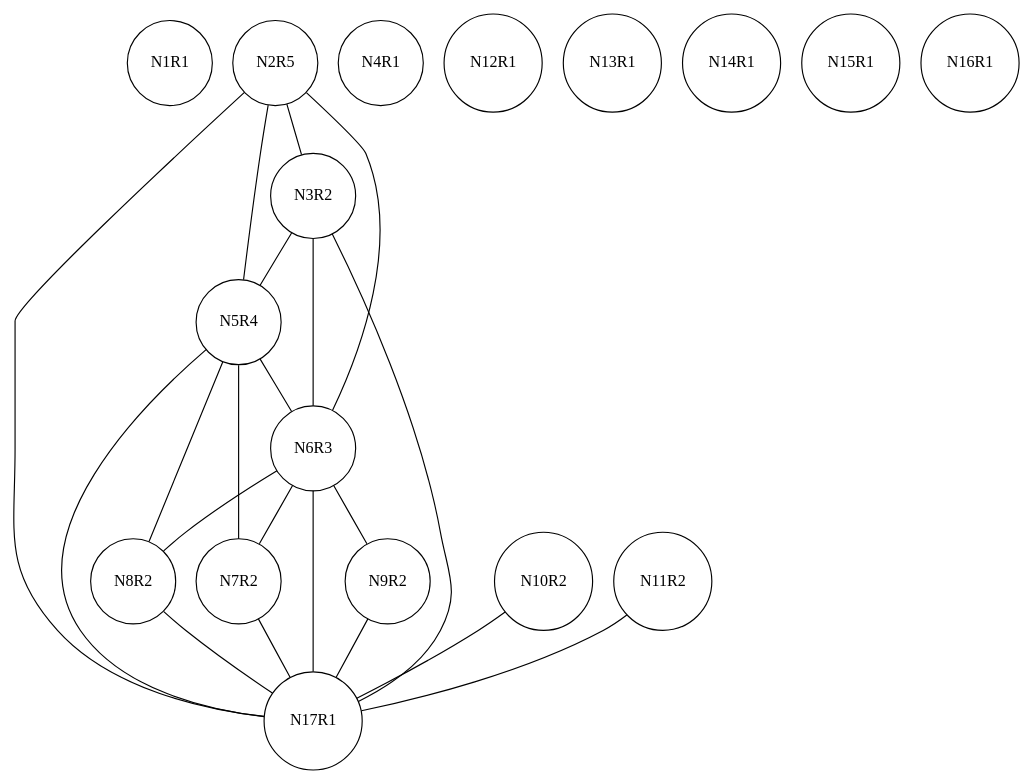
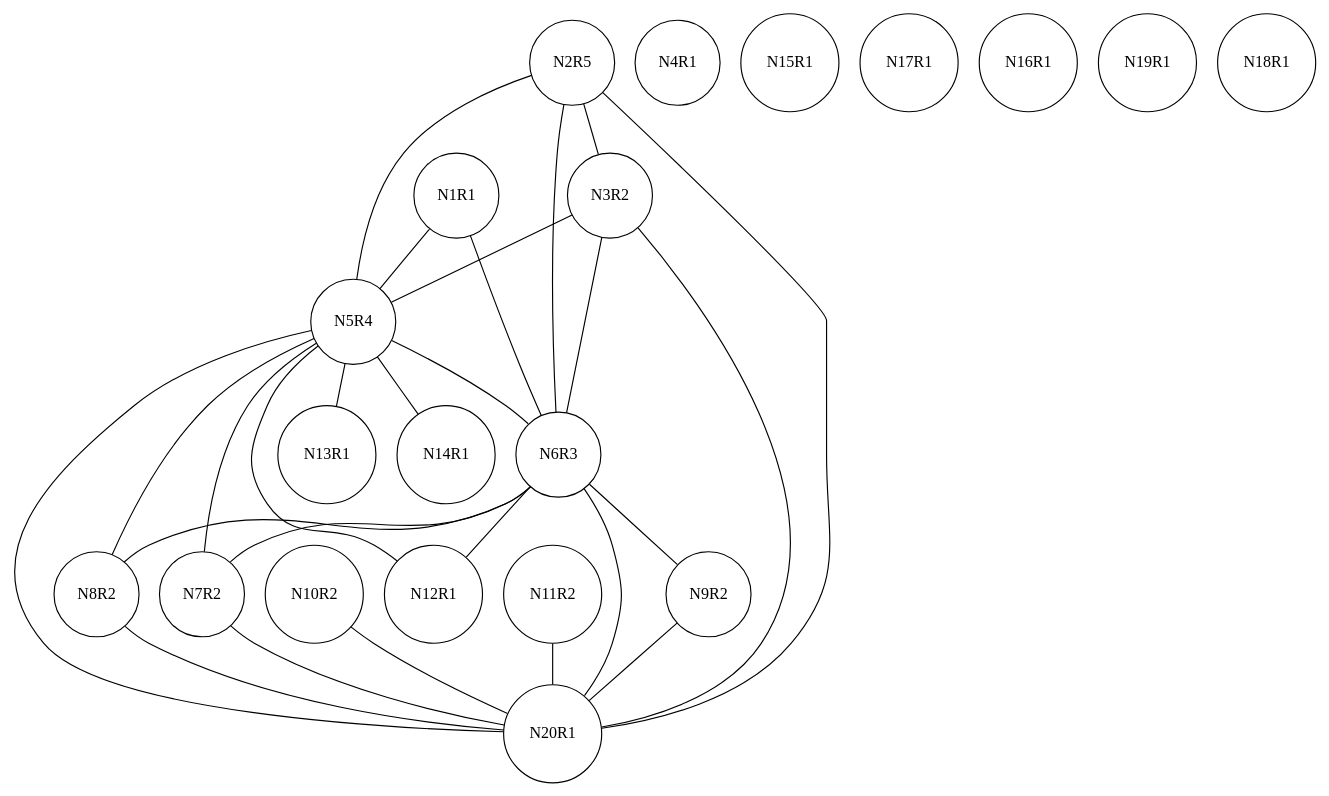
One commit to chris-wood/PL241-Compiler changed the diagram in project/caw001.txt.ig.dot. Above: the diagram before and after it, drawn with Graphviz. The commit also changed 11 other files, not shown here.

```diff
--- a/project/caw001.txt.ig.dot
+++ b/project/caw001.txt.ig.dot
@@ -1,40 +1,49 @@
 graph ig {
     node [shape = circle];
     N1R1;
     N2R5;
     N3R2;
     N4R1;
     N5R4;
     N6R3;
     N7R2;
     N8R2;
     N9R2;
     N10R2;
     N11R2;
     N12R1;
     N13R1;
     N14R1;
     N15R1;
     N17R1;
     N16R1;
+    N19R1;
+    N18R1;
+    N20R1;
+    N1R1 -- N6R3;
+    N1R1 -- N5R4;
     N2R5 -- N3R2;
     N2R5 -- N6R3;
     N2R5 -- N5R4;
-    N2R5 -- N17R1;
+    N2R5 -- N20R1;
     N3R2 -- N6R3;
     N3R2 -- N5R4;
-    N3R2 -- N17R1;
+    N3R2 -- N20R1;
+    N5R4 -- N14R1;
+    N5R4 -- N13R1;
+    N5R4 -- N12R1;
     N5R4 -- N8R2;
     N5R4 -- N7R2;
     N5R4 -- N6R3;
-    N5R4 -- N17R1;
+    N5R4 -- N20R1;
     N6R3 -- N9R2;
+    N6R3 -- N12R1;
     N6R3 -- N8R2;
     N6R3 -- N7R2;
-    N6R3 -- N17R1;
-    N7R2 -- N17R1;
-    N8R2 -- N17R1;
-    N9R2 -- N17R1;
-    N10R2 -- N17R1;
-    N11R2 -- N17R1;
+    N6R3 -- N20R1;
+    N7R2 -- N20R1;
+    N8R2 -- N20R1;
+    N9R2 -- N20R1;
+    N10R2 -- N20R1;
+    N11R2 -- N20R1;
 }
```
